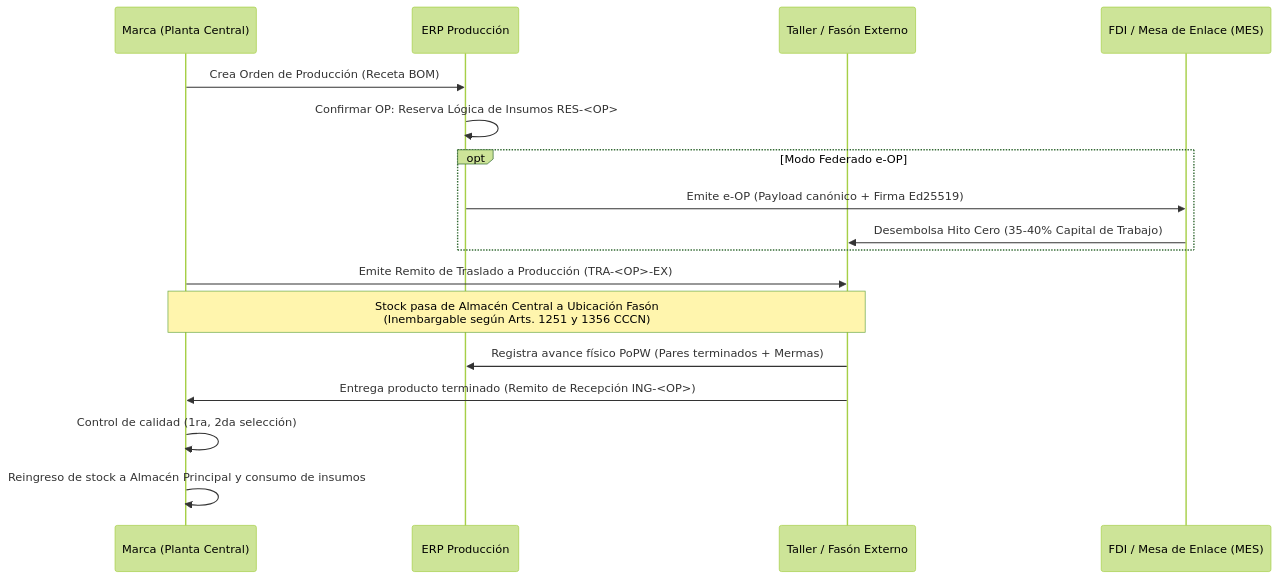
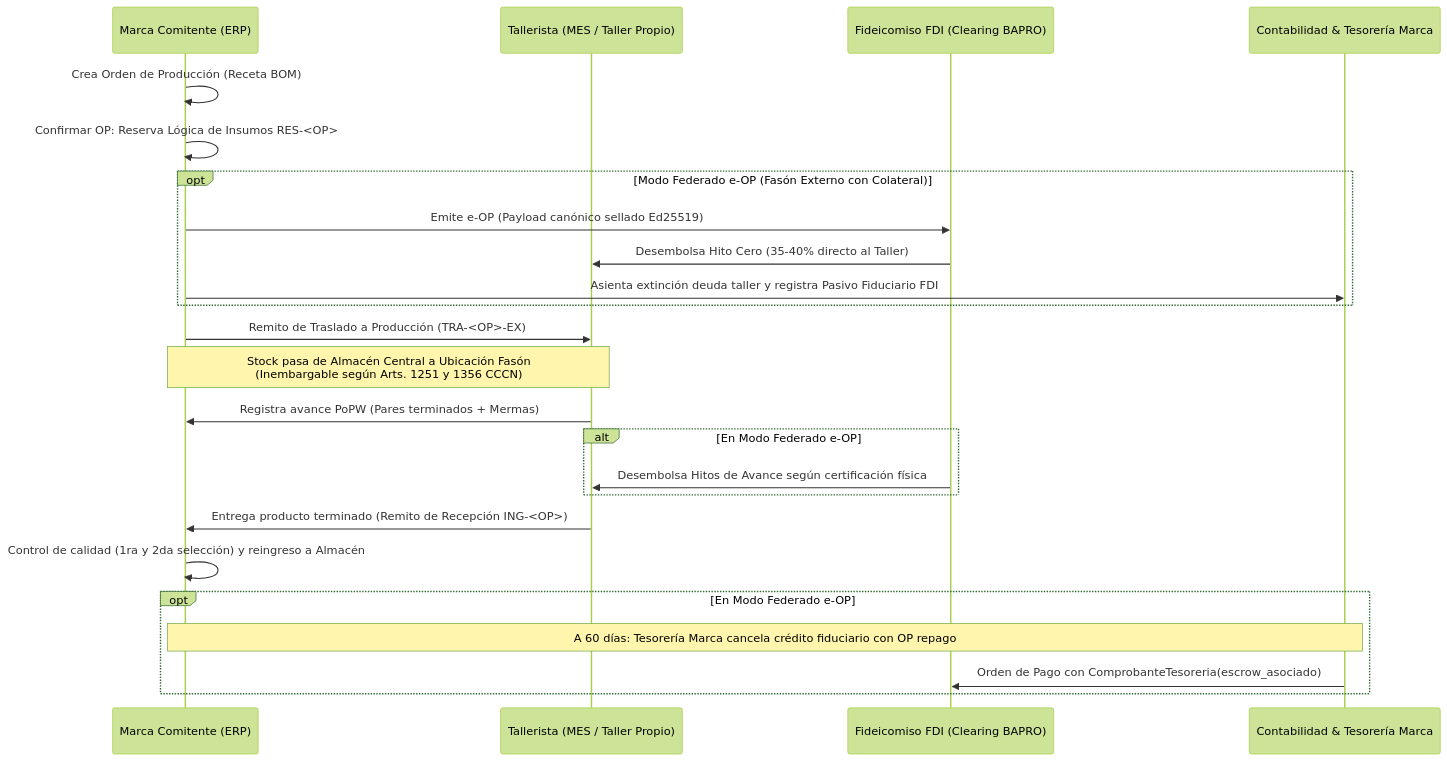
One commit to sarthouse/indinopy changed the second of 5 diagrams in docs/md/flujos_documentales.md. Above: the diagram before and after it, drawn with Mermaid (forest theme). The commit also changed other lines of this file and 6 other files, not shown here.

````diff
--- a/docs/md/flujos_documentales.md
+++ b/docs/md/flujos_documentales.md
@@ -66,24 +70,33 @@
 ```mermaid
 sequenceDiagram
-    participant M as Marca (Planta Central)
-    participant E as ERP Producción
-    participant T as Taller / Fasón Externo
-    participant F as FDI / Mesa de Enlace (MES)
+    participant M as Marca Comitente (ERP)
+    participant T as Tallerista (MES / Taller Propio)
+    participant F as Fideicomiso FDI (Clearing BAPRO)
+    participant K as Contabilidad & Tesorería Marca
 
-    M->>E: Crea Orden de Producción (Receta BOM)
-    E->>E: Confirmar OP: Reserva Lógica de Insumos RES-<OP>
+    M->>M: Crea Orden de Producción (Receta BOM)
+    M->>M: Confirmar OP: Reserva Lógica de Insumos RES-<OP>
     
-    opt Modo Federado e-OP
-        E->>F: Emite e-OP (Payload canónico + Firma Ed25519)
-        F->>T: Desembolsa Hito Cero (35-40% Capital de Trabajo)
+    opt Modo Federado e-OP (Fasón Externo con Colateral)
+        M->>F: Emite e-OP (Payload canónico sellado Ed25519)
+        F->>T: Desembolsa Hito Cero (35-40% directo al Taller)
+        M->>K: Asienta extinción deuda taller y registra Pasivo Fiduciario FDI
     end
     
-    M->>T: Emite Remito de Traslado a Producción (TRA-<OP>-EX)
+    M->>T: Remito de Traslado a Producción (TRA-<OP>-EX)
     Note over M,T: Stock pasa de Almacén Central a Ubicación Fasón<br/>(Inembargable según Arts. 1251 y 1356 CCCN)
     
-    T->>E: Registra avance físico PoPW (Pares terminados + Mermas)
+    T->>M: Registra avance PoPW (Pares terminados + Mermas)
     
+    alt En Modo Federado e-OP
+        F->>T: Desembolsa Hitos de Avance según certificación física
+    end
+
     T->>M: Entrega producto terminado (Remito de Recepción ING-<OP>)
-    M->>M: Control de calidad (1ra, 2da selección)
-    M->>M: Reingreso de stock a Almacén Principal y consumo de insumos
+    M->>M: Control de calidad (1ra y 2da selección) y reingreso a Almacén
+    
+    opt En Modo Federado e-OP
+        Note over M,K: A 60 días: Tesorería Marca cancela crédito fiduciario con OP repago
+        K->>F: Orden de Pago con ComprobanteTesoreria(escrow_asociado)
+    end
 ```
````
